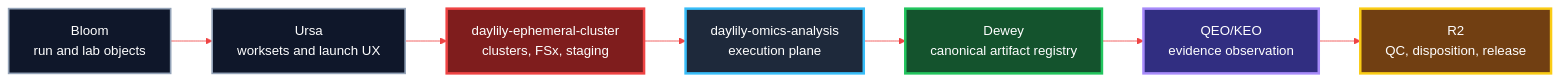
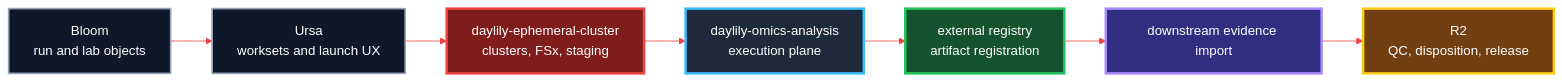
One commit to Daylily-Informatics/daylily-omics-analysis changed the first of 2 diagrams in README.md. Above: the diagram before and after it, drawn with Mermaid. The commit also changed other lines of this file and 25 other files, not shown here.

Commit message:
Emit DayOA local evidence manifest

````diff
--- a/README.md
+++ b/README.md
@@ -23,20 +23,20 @@
 ```mermaid
 %%{init: {"theme":"base","themeVariables":{"primaryColor":"#101827","primaryTextColor":"#ffffff","primaryBorderColor":"#ef4444","lineColor":"#ef4444","secondaryColor":"#0f766e","tertiaryColor":"#facc15","fontFamily":"Inter,Arial,sans-serif"}}}%%
 flowchart LR
   Bloom["Bloom<br/>run and lab objects"]:::svc
   Ursa["Ursa<br/>worksets and launch UX"]:::svc
   EC["daylily-ephemeral-cluster<br/>clusters, FSx, staging"]:::critical
   DayOA["daylily-omics-analysis<br/>execution plane"]:::exec
-  Dewey["Dewey<br/>canonical artifact registry"]:::registry
-  QEO["QEO/KEO<br/>evidence observation"]:::observe
+  Registry["external registry<br/>artifact registration"]:::registry
+  Observe["downstream evidence import"]:::observe
   R2["R2<br/>QC, disposition, release"]:::release
 
-  Bloom --> Ursa --> EC --> DayOA --> Dewey --> QEO --> R2
+  Bloom --> Ursa --> EC --> DayOA --> Registry --> Observe --> R2
 
   classDef critical fill:#7f1d1d,stroke:#ef4444,color:#fff,stroke-width:3px
   classDef exec fill:#1e293b,stroke:#38bdf8,color:#fff,stroke-width:3px
   classDef registry fill:#14532d,stroke:#22c55e,color:#fff,stroke-width:3px
   classDef observe fill:#312e81,stroke:#a78bfa,color:#fff,stroke-width:3px
   classDef release fill:#713f12,stroke:#facc15,color:#fff,stroke-width:3px
   classDef svc fill:#0f172a,stroke:#94a3b8,color:#fff,stroke-width:2px
 ```
````
